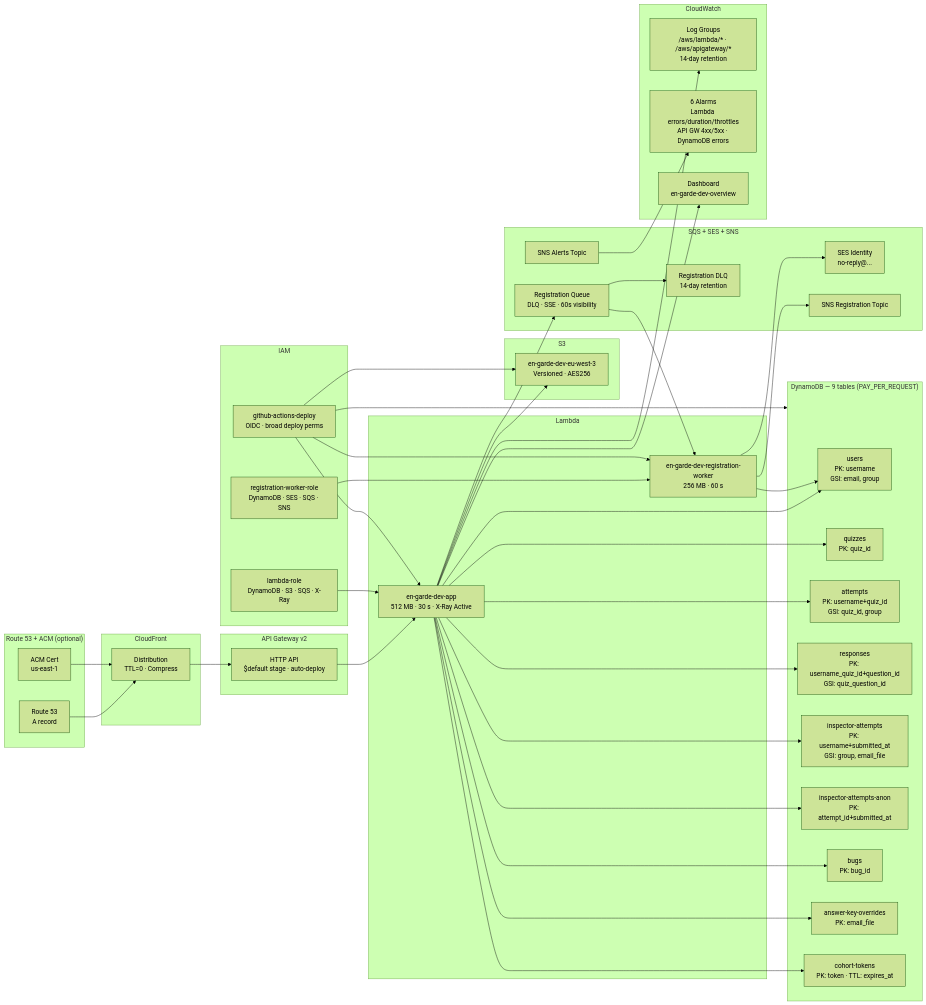
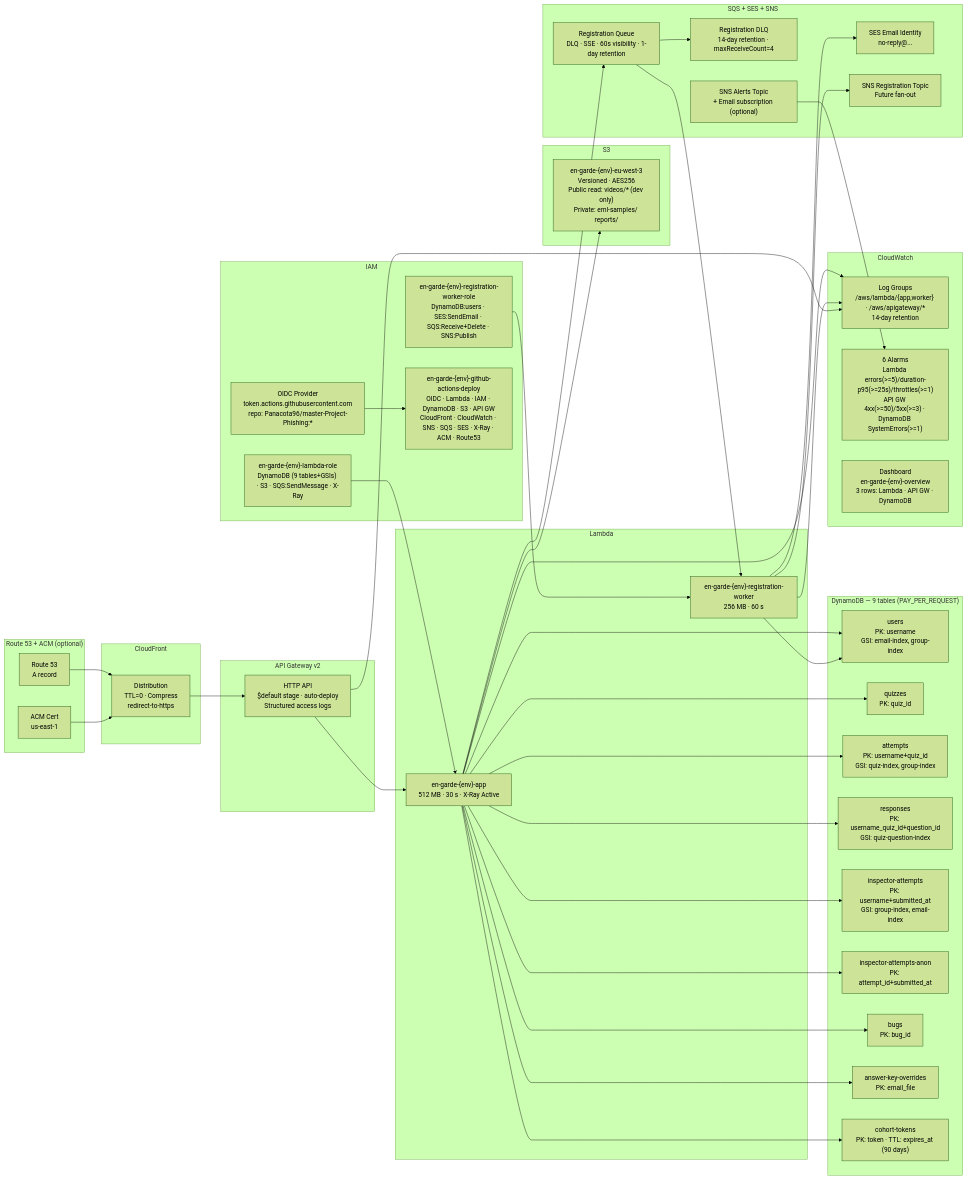
Before and after one commit to Panacota96/master-Project-Phishing: the second of 10 diagrams in documentation/ARCHITECTURE.md, drawn with Mermaid (forest theme). The commit also changed other lines of this file and 6 other files, not shown here.

````diff
--- a/documentation/ARCHITECTURE.md
+++ b/documentation/ARCHITECTURE.md
@@ -70,75 +70,77 @@
 ```mermaid
 graph LR
     subgraph DNS["Route 53 + ACM (optional)"]
         R53["Route 53\nA record"]
         ACM["ACM Cert\nus-east-1"]
     end
 
     subgraph CDN["CloudFront"]
-        CF["Distribution\nTTL=0 · Compress"]
+        CF["Distribution\nTTL=0 · Compress\nredirect-to-https"]
     end
 
     subgraph APIGW_["API Gateway v2"]
-        APIGW["HTTP API\n$default stage · auto-deploy"]
+        APIGW["HTTP API\n$default stage · auto-deploy\nStructured access logs"]
     end
 
     subgraph Compute["Lambda"]
-        LApp["en-garde-dev-app\n512 MB · 30 s · X-Ray Active"]
-        LWorker["en-garde-dev-registration-worker\n256 MB · 60 s"]
+        LApp["en-garde-{env}-app\n512 MB · 30 s · X-Ray Active"]
+        LWorker["en-garde-{env}-registration-worker\n256 MB · 60 s"]
     end
 
     subgraph Storage["S3"]
-        S3["en-garde-dev-eu-west-3\nVersioned · AES256"]
+        S3["en-garde-{env}-eu-west-3\nVersioned · AES256\nPublic read: videos/* (dev only)\nPrivate: eml-samples/ reports/"]
     end
 
     subgraph DB["DynamoDB — 9 tables (PAY_PER_REQUEST)"]
-        TUsers["users\nPK: username\nGSI: email, group"]
+        TUsers["users\nPK: username\nGSI: email-index, group-index"]
         TQuizzes["quizzes\nPK: quiz_id"]
-        TAttempts["attempts\nPK: username+quiz_id\nGSI: quiz_id, group"]
-        TResponses["responses\nPK: username_quiz_id+question_id\nGSI: quiz_question_id"]
-        TInspector["inspector-attempts\nPK: username+submitted_at\nGSI: group, email_file"]
+        TAttempts["attempts\nPK: username+quiz_id\nGSI: quiz-index, group-index"]
+        TResponses["responses\nPK: username_quiz_id+question_id\nGSI: quiz-question-index"]
+        TInspector["inspector-attempts\nPK: username+submitted_at\nGSI: group-index, email-index"]
         TInspectorAnon["inspector-attempts-anon\nPK: attempt_id+submitted_at"]
         TBugs["bugs\nPK: bug_id"]
         TAnswerKey["answer-key-overrides\nPK: email_file"]
-        TCohort["cohort-tokens\nPK: token · TTL: expires_at"]
+        TCohort["cohort-tokens\nPK: token · TTL: expires_at (90 days)"]
     end
 
     subgraph Async["SQS + SES + SNS"]
-        SQS["Registration Queue\nDLQ · SSE · 60s visibility"]
-        DLQQ["Registration DLQ\n14-day retention"]
-        SES["SES Identity\nno-reply@..."]
-        SNSReg["SNS Registration Topic"]
-        SNSAlerts["SNS Alerts Topic"]
+        SQS["Registration Queue\nDLQ · SSE · 60s visibility · 1-day retention"]
+        DLQQ["Registration DLQ\n14-day retention · maxReceiveCount=4"]
+        SES["SES Email Identity\nno-reply@..."]
+        SNSReg["SNS Registration Topic\nFuture fan-out"]
+        SNSAlerts["SNS Alerts Topic\n+ Email subscription (optional)"]
     end
 
     subgraph Observe["CloudWatch"]
-        CWLogs["Log Groups\n/aws/lambda/* · /aws/apigateway/*\n14-day retention"]
-        CWAlarms["6 Alarms\nLambda errors/duration/throttles\nAPI GW 4xx/5xx · DynamoDB errors"]
-        CWDash["Dashboard\nen-garde-dev-overview"]
+        CWLogs["Log Groups\n/aws/lambda/{app,worker} · /aws/apigateway/*\n14-day retention"]
+        CWAlarms["6 Alarms\nLambda errors(>=5)/duration-p95(>=25s)/throttles(>=1)\nAPI GW 4xx(>=50)/5xx(>=3) · DynamoDB SystemErrors(>=1)"]
+        CWDash["Dashboard\nen-garde-{env}-overview\n3 rows: Lambda · API GW · DynamoDB"]
     end
 
     subgraph IAM_["IAM"]
-        RoleLambda["lambda-role\nDynamoDB · S3 · SQS · X-Ray"]
-        RoleWorker["registration-worker-role\nDynamoDB · SES · SQS · SNS"]
-        RoleGHA["github-actions-deploy\nOIDC · broad deploy perms"]
+        RoleLambda["en-garde-{env}-lambda-role\nDynamoDB (9 tables+GSIs) · S3 · SQS:SendMessage · X-Ray"]
+        RoleWorker["en-garde-{env}-registration-worker-role\nDynamoDB:users · SES:SendEmail · SQS:Receive+Delete · SNS:Publish"]
+        RoleGHA["en-garde-{env}-github-actions-deploy\nOIDC · Lambda · IAM · DynamoDB · S3 · API GW\nCloudFront · CloudWatch · SNS · SQS · SES · X-Ray · ACM · Route53"]
+        OIDC["OIDC Provider\ntoken.actions.githubusercontent.com\nrepo: Panacota96/master-Project-Phishing:*"]
     end
 
     R53 --> CF
     ACM --> CF
     CF --> APIGW
     APIGW --> LApp
     LApp --> TUsers & TQuizzes & TAttempts & TResponses & TInspector & TInspectorAnon & TBugs & TAnswerKey & TCohort
     LApp --> S3
     LApp --> SQS
     SQS --> LWorker
     SQS --> DLQQ
     LWorker --> TUsers
     LWorker --> SES
     LWorker --> SNSReg
     SNSAlerts --> CWAlarms
     LApp --> CWLogs
-    LApp --> CWDash
+    LWorker --> CWLogs
+    APIGW --> CWLogs
     RoleLambda --> LApp
     RoleWorker --> LWorker
-    RoleGHA --> LApp & LWorker & S3 & DB
+    OIDC --> RoleGHA
 ```
````
